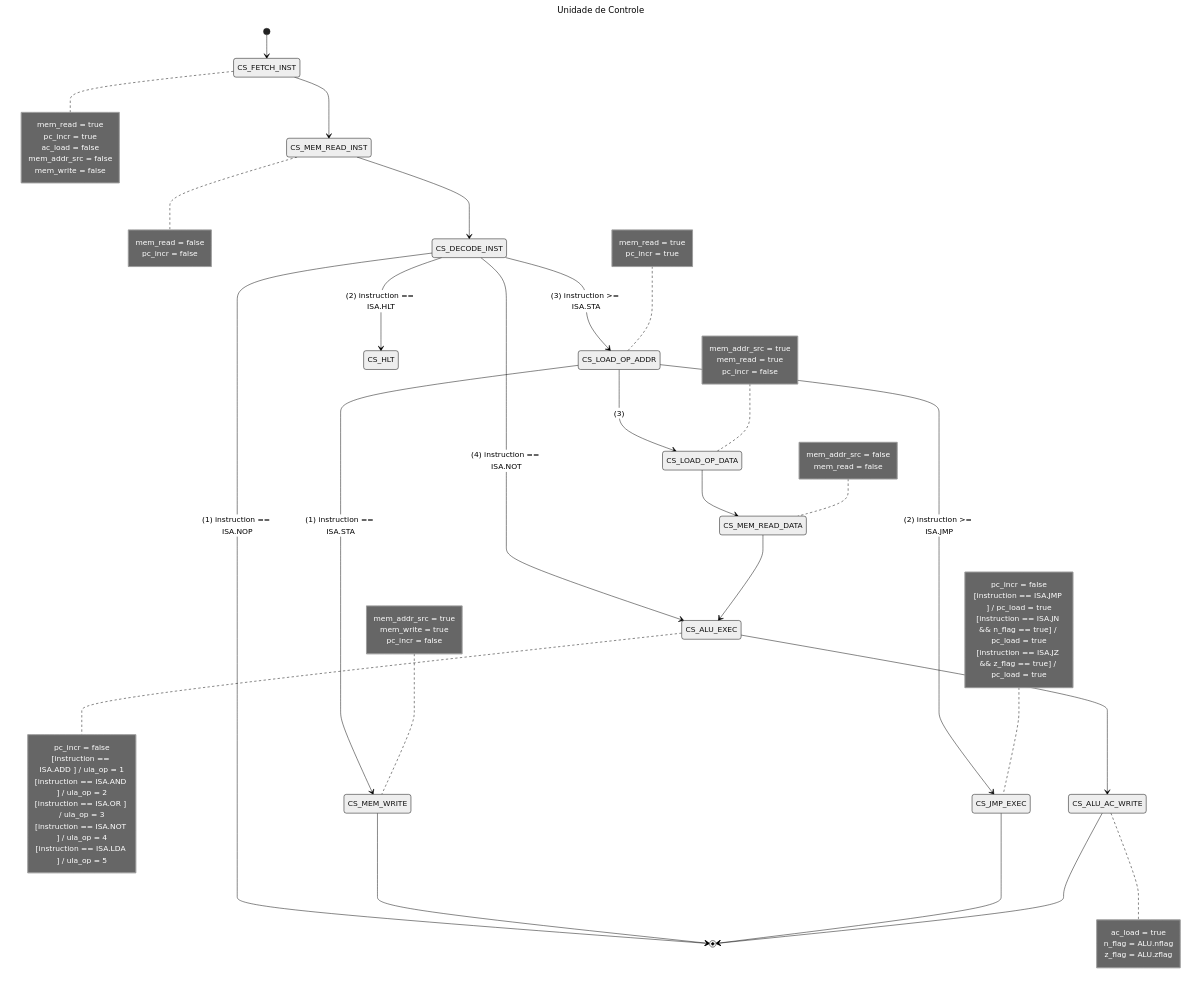
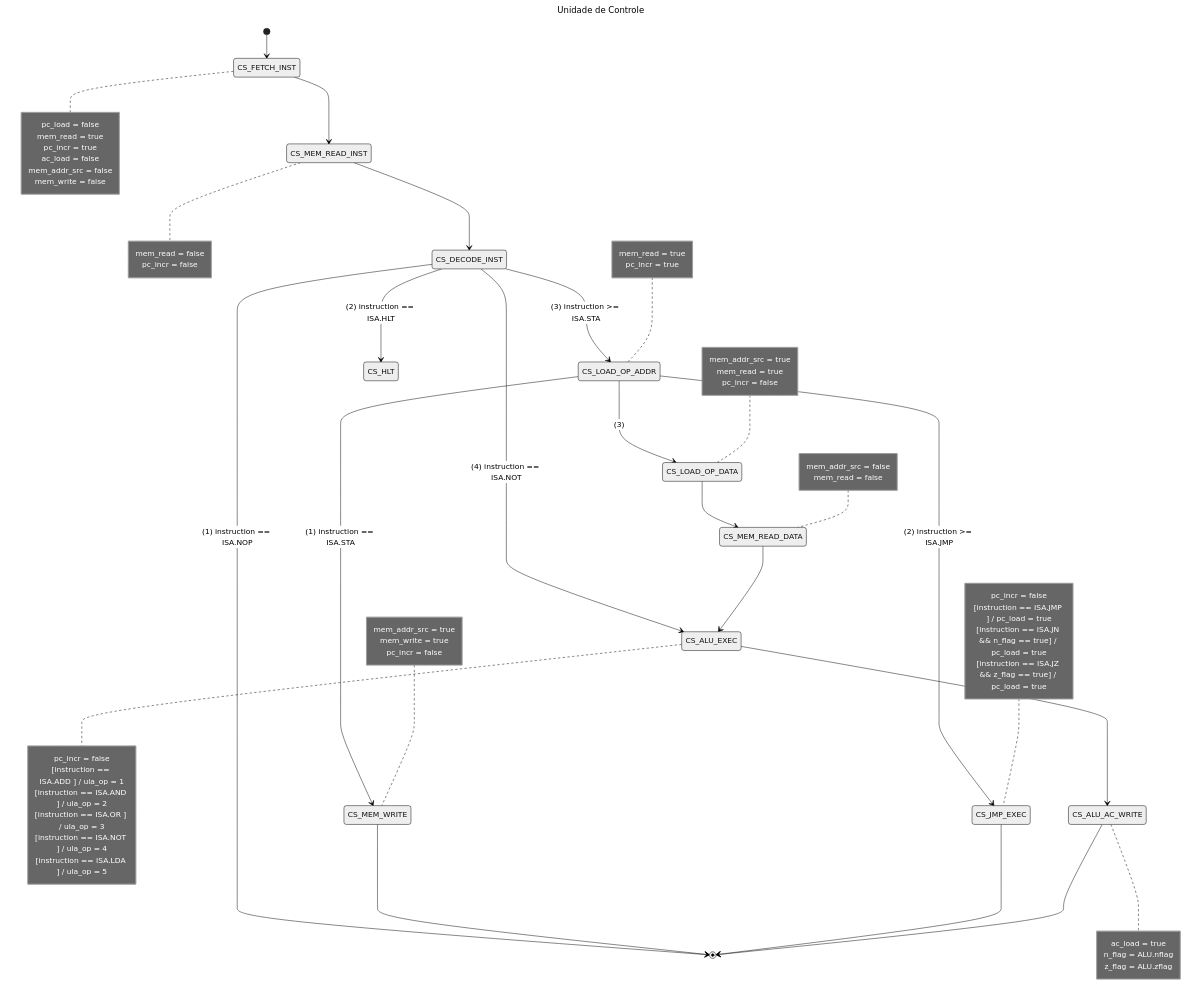
The diagram in README.md (ArielRM/EMB22109), drawn with Mermaid (neutral theme) before and after one commit.

Commit message:
Arruma `pc_load`

```diff
--- a/README.md
+++ b/README.md
@@ -44,6 +44,7 @@
     s8 --> [*]
 
     note right of s0
+        pc_load = false
         mem_read = true
         pc_incr = true
         ac_load = false
```
